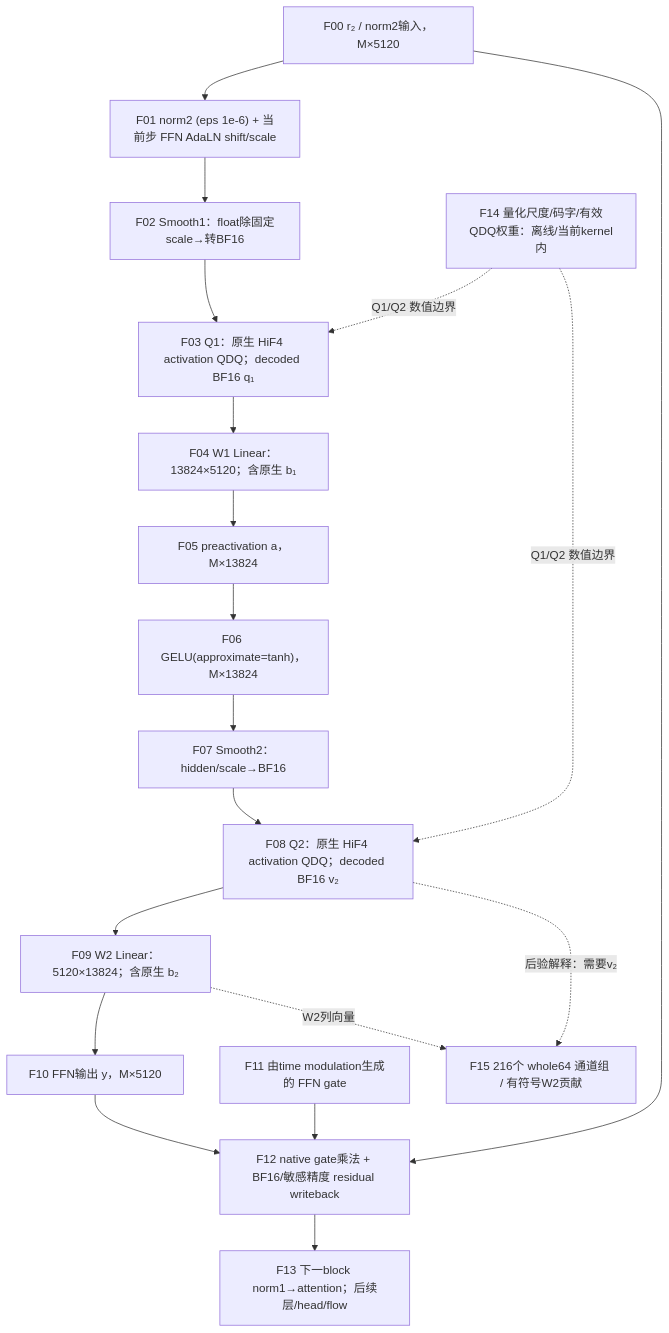
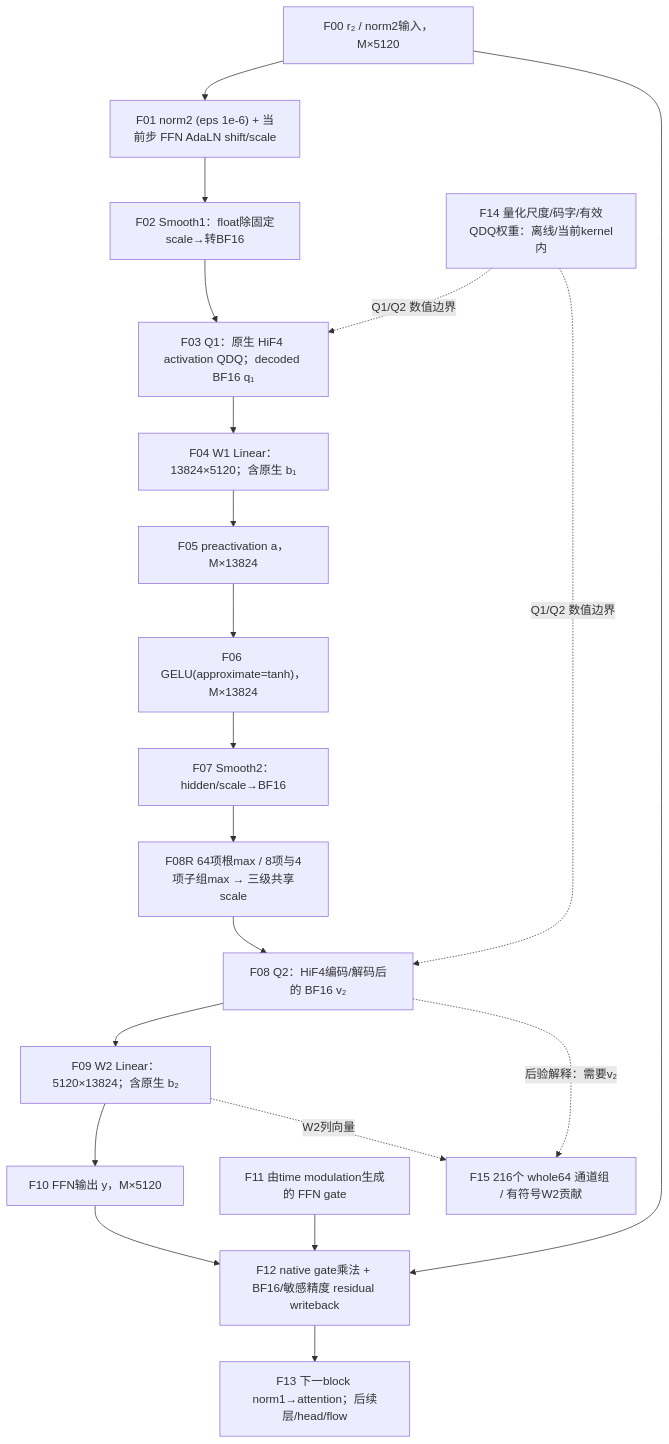
One commit to Qesire/FFNDS changed the third of 5 diagrams in docs/98_端到端计算图与证据注解_20261025.md. Above: the diagram before and after it, drawn with Mermaid. The commit also changed other lines of this file, not shown here.

Commit message:
docs: extend FFN source graph with E0 shared-token, Q2 dependency and separate W1/W2 cost branches

```diff
--- a/docs/98_端到端计算图与证据注解_20261025.md
+++ b/docs/98_端到端计算图与证据注解_20261025.md
@@ -74,26 +74,27 @@
 ~~~mermaid
 flowchart TD
   R["F00 r₂ / norm2输入，M×5120"]
   LN["F01 norm2 (eps 1e-6) + 当前步 FFN AdaLN shift/scale"]
   SM1["F02 Smooth1：float除固定scale→转BF16"]
   Q1["F03 Q1：原生 HiF4 activation QDQ；decoded BF16 q₁"]
   W1["F04 W1 Linear：13824×5120；含原生 b₁"]
   A["F05 preactivation a，M×13824"]
   GELU["F06 GELU(approximate=tanh)，M×13824"]
   SM2["F07 Smooth2：hidden/scale→BF16"]
-  Q2["F08 Q2：原生 HiF4 activation QDQ；decoded BF16 v₂"]
+  ROOT["F08R 64项根max / 8项与4项子组max → 三级共享scale"]
+  Q2["F08 Q2：HiF4编码/解码后的 BF16 v₂"]
   W2["F09 W2 Linear：5120×13824；含原生 b₂"]
   Y["F10 FFN输出 y，M×5120"]
   G["F11 由time modulation生成的 FFN gate"]
   WB["F12 native gate乘法 + BF16/敏感精度 residual writeback"]
   NX["F13 下一block norm1→attention；后续层/head/flow"]
-  R --> LN --> SM1 --> Q1 --> W1 --> A --> GELU --> SM2 --> Q2 --> W2 --> Y --> WB --> NX
+  R --> LN --> SM1 --> Q1 --> W1 --> A --> GELU --> SM2 --> ROOT --> Q2 --> W2 --> Y --> WB --> NX
   R --> WB
   G --> WB
   META["F14 量化尺度/码字/有效QDQ权重：离线/当前kernel内"]
   META -. "Q1/Q2 数值边界" .-> Q1
   META -. "Q1/Q2 数值边界" .-> Q2
   PANEL["F15 216个 whole64 通道组 / 有符号W2贡献"]
   Q2 -. "后验解释：需要v₂" .-> PANEL
   W2 -. "W2列向量" .-> PANEL
 ~~~
```
